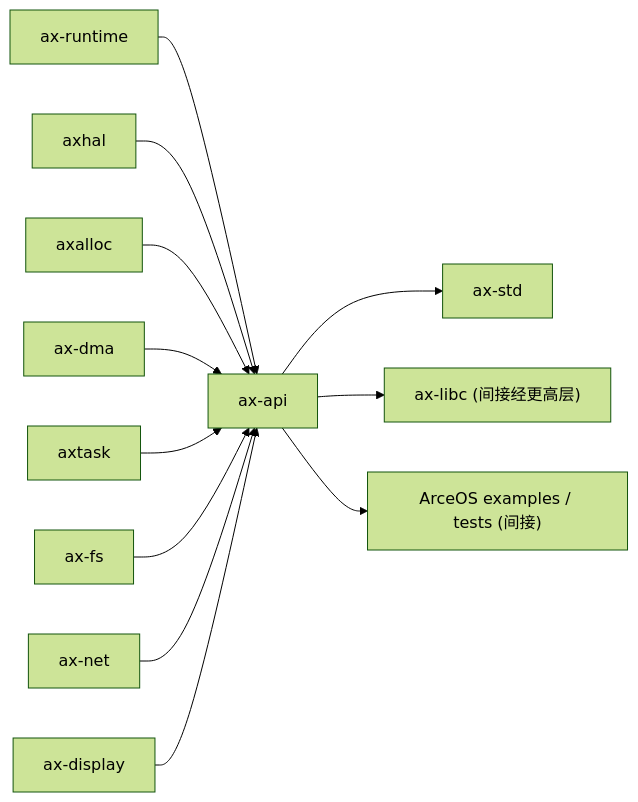
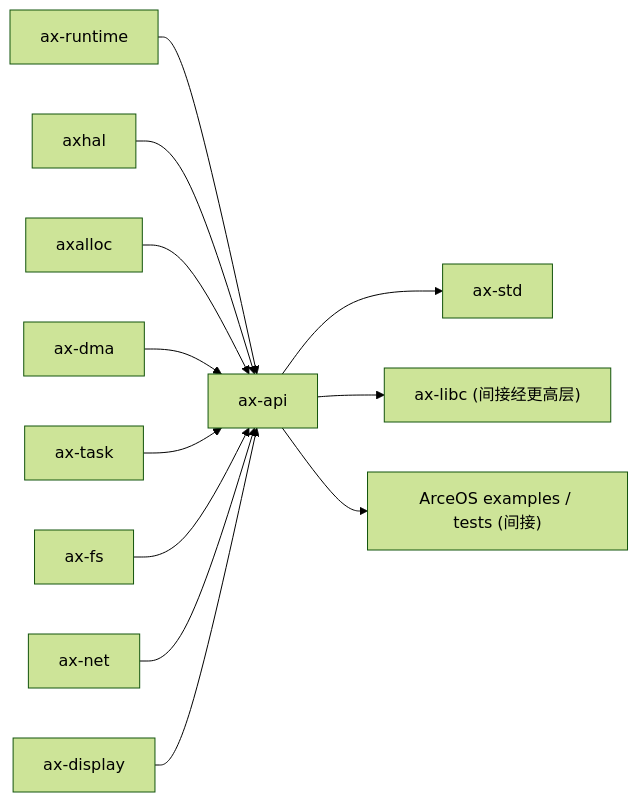
One commit to zKurisu/tgoskits changed the diagram in docs/crates/arceos_api.md. Above: the diagram before and after it, drawn with Mermaid (forest theme). The commit also changed other lines of this file and 133 other files, not shown here.

Commit message:
rename axtask to ax-task

````diff
--- a/docs/crates/arceos_api.md
+++ b/docs/crates/arceos_api.md
@@ -110,15 +110,15 @@
 ```mermaid
 graph LR
     ax-runtime["ax-runtime"] --> ax-api["ax-api"]
     axhal["axhal"] --> ax-api
     axalloc["axalloc"] --> ax-api
     ax_dma["ax-dma"] --> ax-api
-    axtask["axtask"] --> ax-api
+    ax-task["ax-task"] --> ax-api
     ax-fs["ax-fs"] --> ax-api
     ax-net["ax-net"] --> ax-api
     ax-display["ax-display"] --> ax-api
 
     ax-api --> ax-std["ax-std"]
     ax-api --> ax-libc["ax-libc (间接经更高层)"]
     ax-api --> arceos_examples["ArceOS examples / tests (间接)"]
 ```
````
